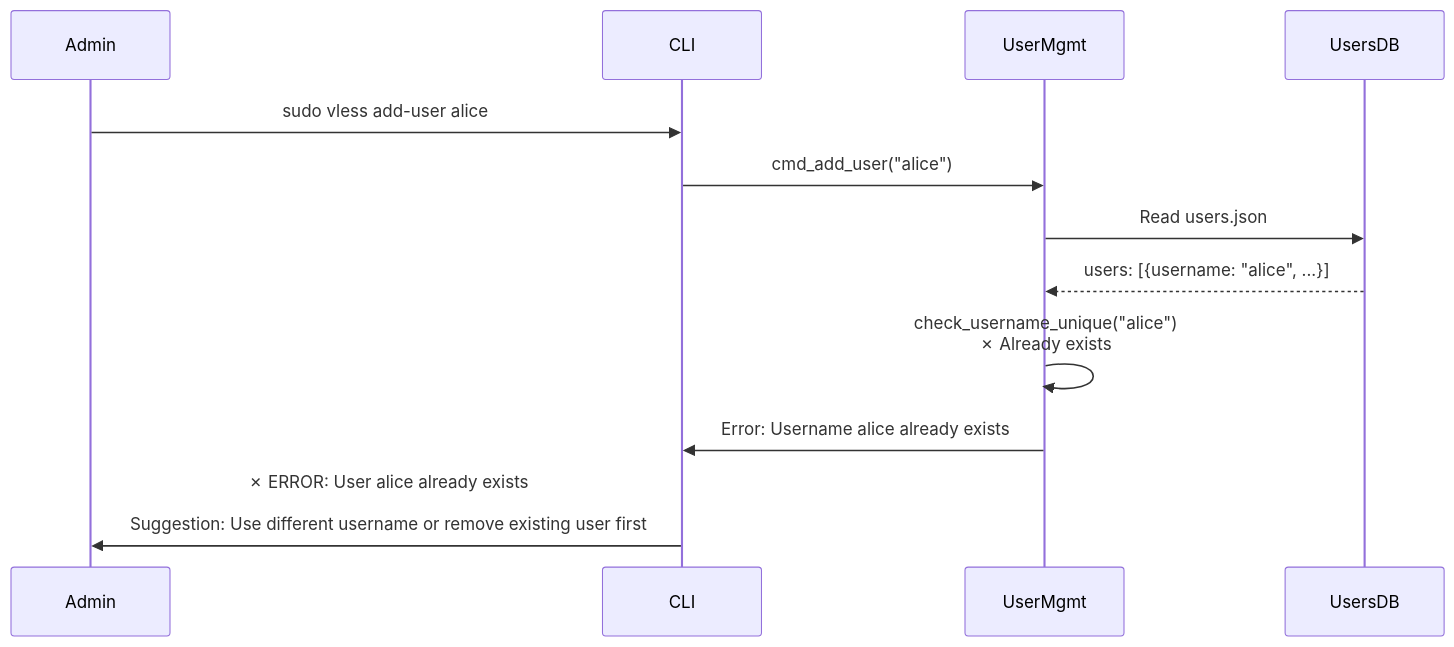
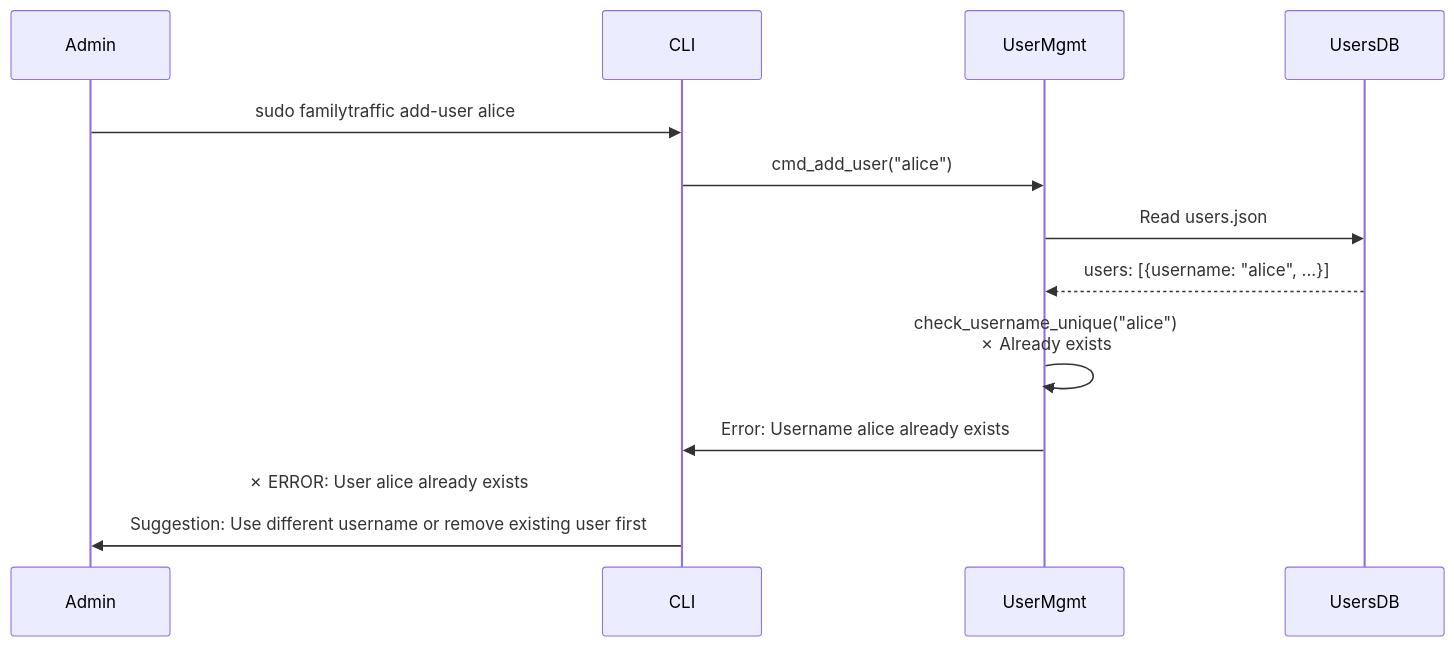
One commit to ikeniborn/vless changed the third of 8 diagrams in docs/architecture/diagrams/sequences/user-management.md. Above: the diagram before and after it, drawn with Mermaid. The commit also changed other lines of this file and 66 other files, not shown here.

First line of the commit message:
refactor(rename): replace old project name 'vless' with 'familytraffic'

````diff
--- a/docs/architecture/diagrams/sequences/user-management.md
+++ b/docs/architecture/diagrams/sequences/user-management.md
@@ -188,16 +188,16 @@
 ```mermaid
 sequenceDiagram
     participant Admin
     participant CLI
     participant UserMgmt
     participant UsersDB
 
-    Admin->>CLI: sudo vless add-user alice
+    Admin->>CLI: sudo familytraffic add-user alice
     CLI->>UserMgmt: cmd_add_user("alice")
     UserMgmt->>UsersDB: Read users.json
     UsersDB-->>UserMgmt: users: [{username: "alice", ...}]
     UserMgmt->>UserMgmt: check_username_unique("alice")<br/>✗ Already exists
 
     UserMgmt->>CLI: Error: Username alice already exists
     CLI->>Admin: ✗ ERROR: User alice already exists<br/><br/>Suggestion: Use different username or remove existing user first
 ```
````
